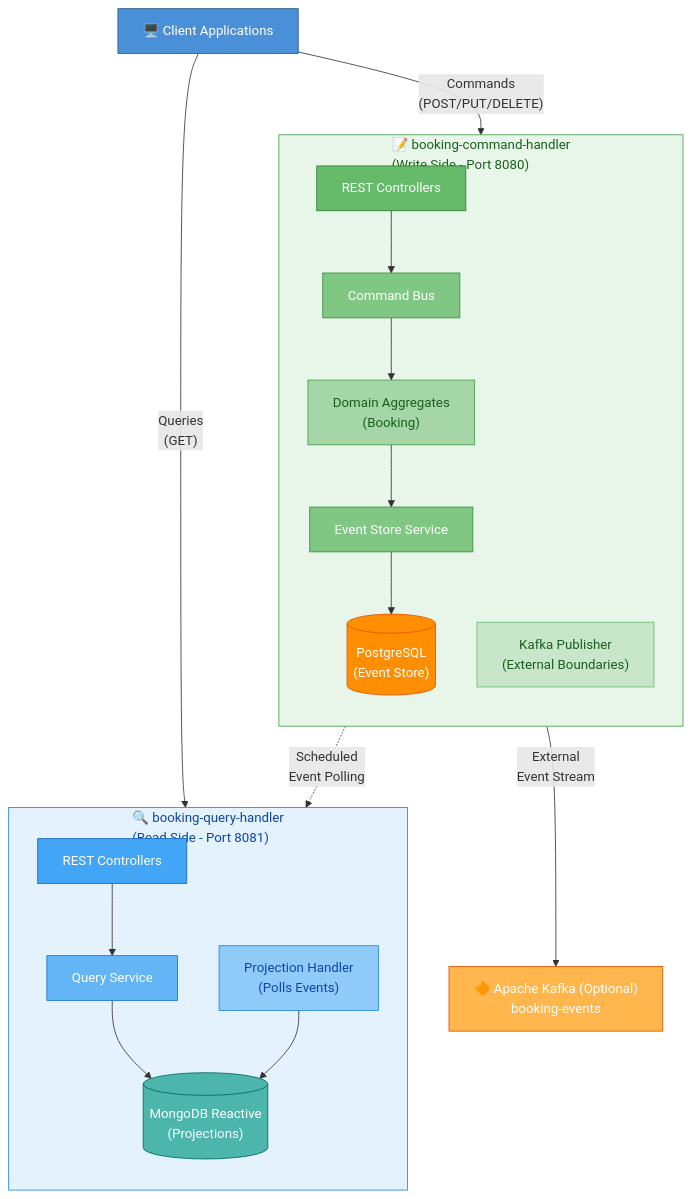
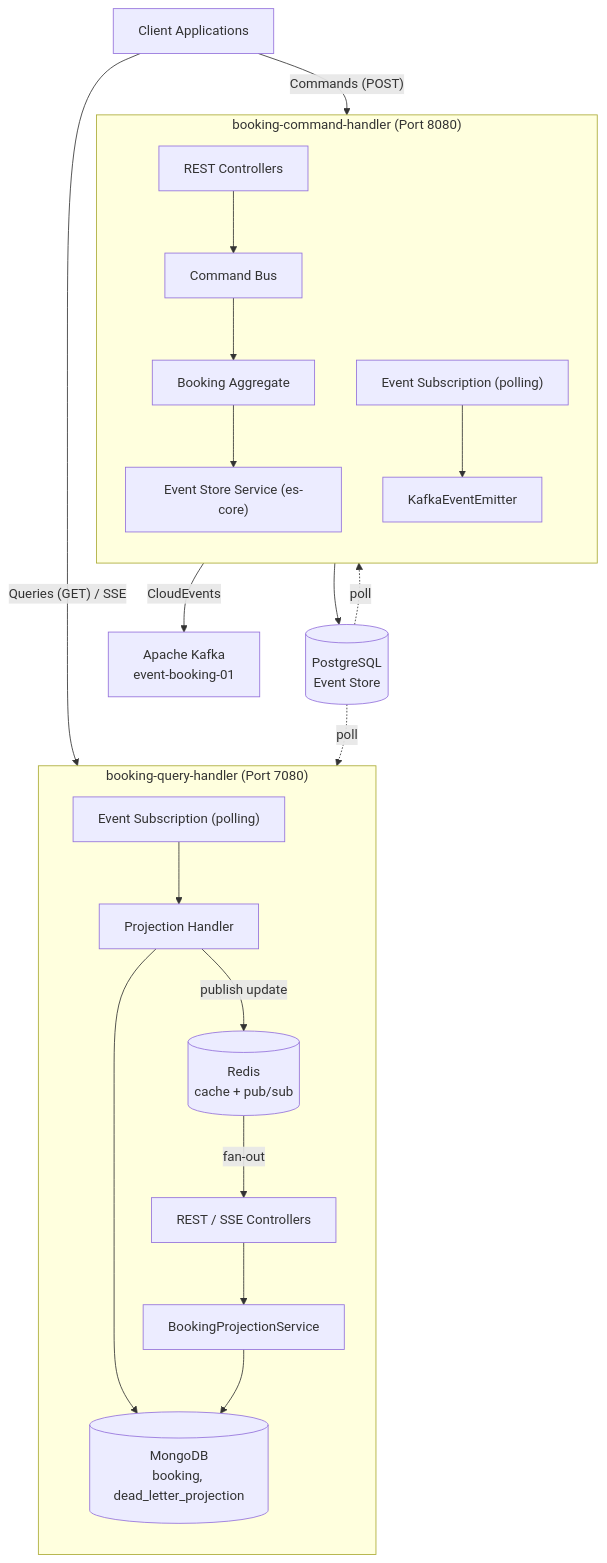
One commit to cjrequena/booking-service changed the diagram in README.md. Above: the diagram before and after it, drawn with Mermaid. The commit also changed other lines of this file and 16 other files, not shown here.

````diff
--- a/README.md
+++ b/README.md
@@ -113,44 +76,30 @@
 ```mermaid
 graph TB
-    Client["🖥️ Client Applications"]
+    Client["Client Applications"]
 
-    Client -->|"Commands\n(POST/PUT/DELETE)"| RestCmd
-    Client -->|"Queries\n(GET)"| RestQuery
+    Client -->|"Commands (POST)"| RestCmd
+    Client -->|"Queries (GET) / SSE"| RestQuery
 
-    subgraph CMD["📝 booking-command-handler\n(Write Side - Port 8080)"]
+    subgraph CMD["booking-command-handler (Port 8080)"]
         direction TB
         RestCmd["REST Controllers"] --> CommandBus["Command Bus"]
-        CommandBus --> Aggregates["Domain Aggregates\n(Booking)"]
-        Aggregates --> EventStoreService["Event Store Service"]
-        EventStoreService --> PostgreSQL[("PostgreSQL\n(Event Store)")]
-        KafkaPublisher["Kafka Publisher\n(External Boundaries)"]
+        CommandBus --> Aggregates["Booking Aggregate"]
+        Aggregates --> EventStoreService["Event Store Service (es-core)"]
+        CmdSub["Event Subscription (polling)"] --> Emitter["KafkaEventEmitter"]
     end
 
-    subgraph QRY["🔍 booking-query-handler\n(Read Side - Port 8081)"]
+    subgraph QRY["booking-query-handler (Port 7080)"]
         direction TB
-        RestQuery["REST Controllers"] --> QueryService["Query Service"]
-        QueryService --> MongoDB[("MongoDB Reactive\n(Projections)")]
-        ProjectionHandler["Projection Handler\n(Polls Events)"] --> MongoDB
+        RestQuery["REST / SSE Controllers"] --> QueryService["BookingProjectionService"]
+        QuerySub["Event Subscription (polling)"] --> Projection["Projection Handler"]
+        Projection --> MongoDB
+        QueryService --> MongoDB[("MongoDB\nbooking, dead_letter_projection")]
+        Projection -->|"publish update"| Redis[("Redis\ncache + pub/sub")]
+        Redis -->|"fan-out"| RestQuery
     end
 
-    CMD ~~~ QRY
-
-    PostgreSQL -.->|"Scheduled\nEvent Polling"| ProjectionHandler
-    KafkaPublisher -->|"External\nEvent Stream"| Kafka["🔶 Apache Kafka (Optional)\nbooking-events"]
-
-    style Client fill:#4A90D9,stroke:#2C5F8A,color:#fff
-    style CMD fill:#E8F5E9,stroke:#43A047,color:#1B5E20
-    style QRY fill:#E3F2FD,stroke:#1E88E5,color:#0D47A1
-    style RestCmd fill:#66BB6A,stroke:#2E7D32,color:#fff
-    style CommandBus fill:#81C784,stroke:#388E3C,color:#fff
-    style Aggregates fill:#A5D6A7,stroke:#43A047,color:#1B5E20
-    style EventStoreService fill:#81C784,stroke:#388E3C,color:#fff
-    style PostgreSQL fill:#FF8F00,stroke:#E65100,color:#fff
-    style KafkaPublisher fill:#C8E6C9,stroke:#66BB6A,color:#1B5E20
-    style RestQuery fill:#42A5F5,stroke:#1565C0,color:#fff
-    style QueryService fill:#64B5F6,stroke:#1976D2,color:#fff
-    style MongoDB fill:#4DB6AC,stroke:#00695C,color:#fff
-    style ProjectionHandler fill:#90CAF9,stroke:#1E88E5,color:#0D47A1
-    style Kafka fill:#FFB74D,stroke:#E65100,color:#fff
-
+    EventStoreService --> PostgreSQL[("PostgreSQL\nEvent Store")]
+    PostgreSQL -.->|"poll"| CmdSub
+    PostgreSQL -.->|"poll"| QuerySub
+    Emitter -->|"CloudEvents"| Kafka["Apache Kafka\nevent-booking-01"]
 ```
````
